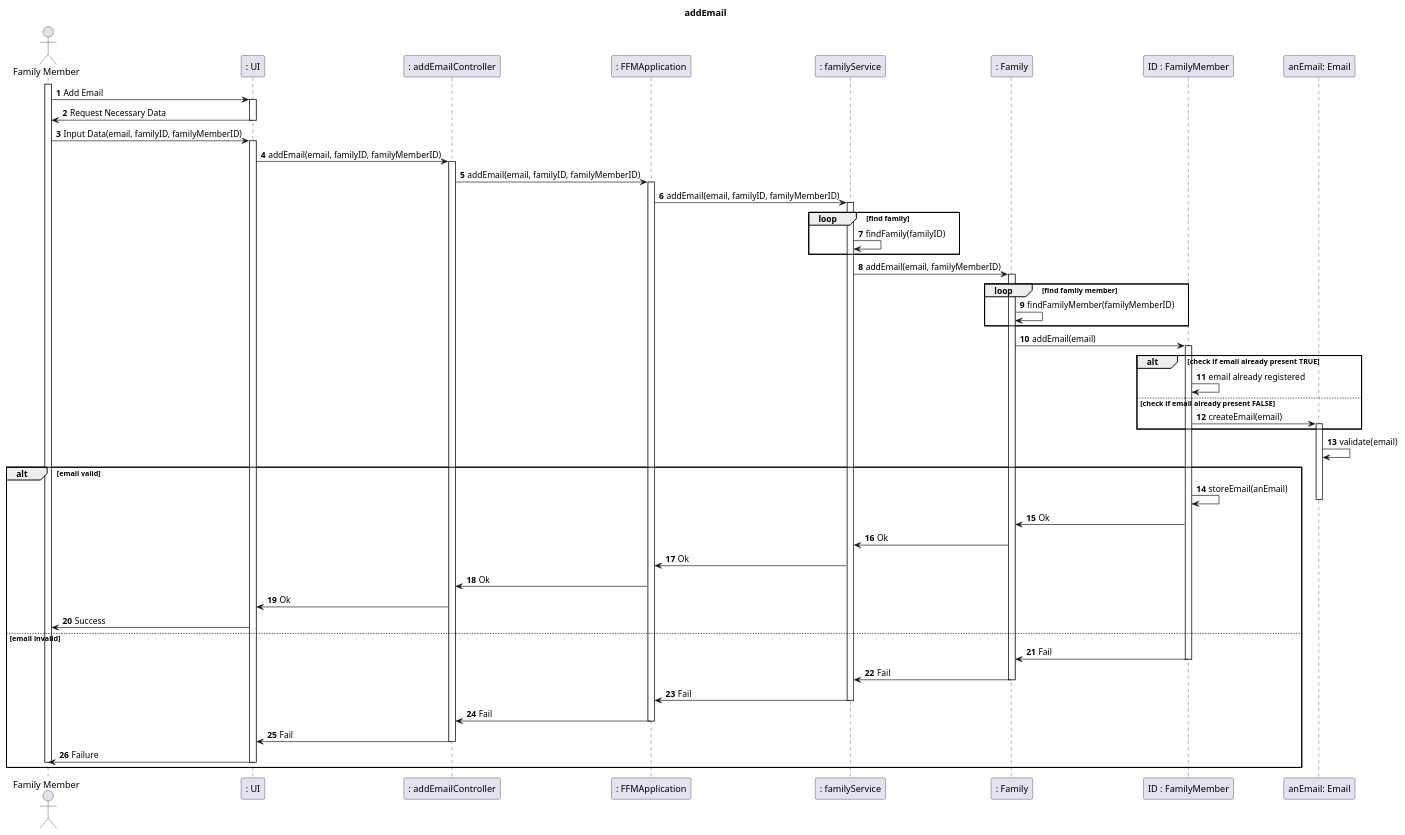
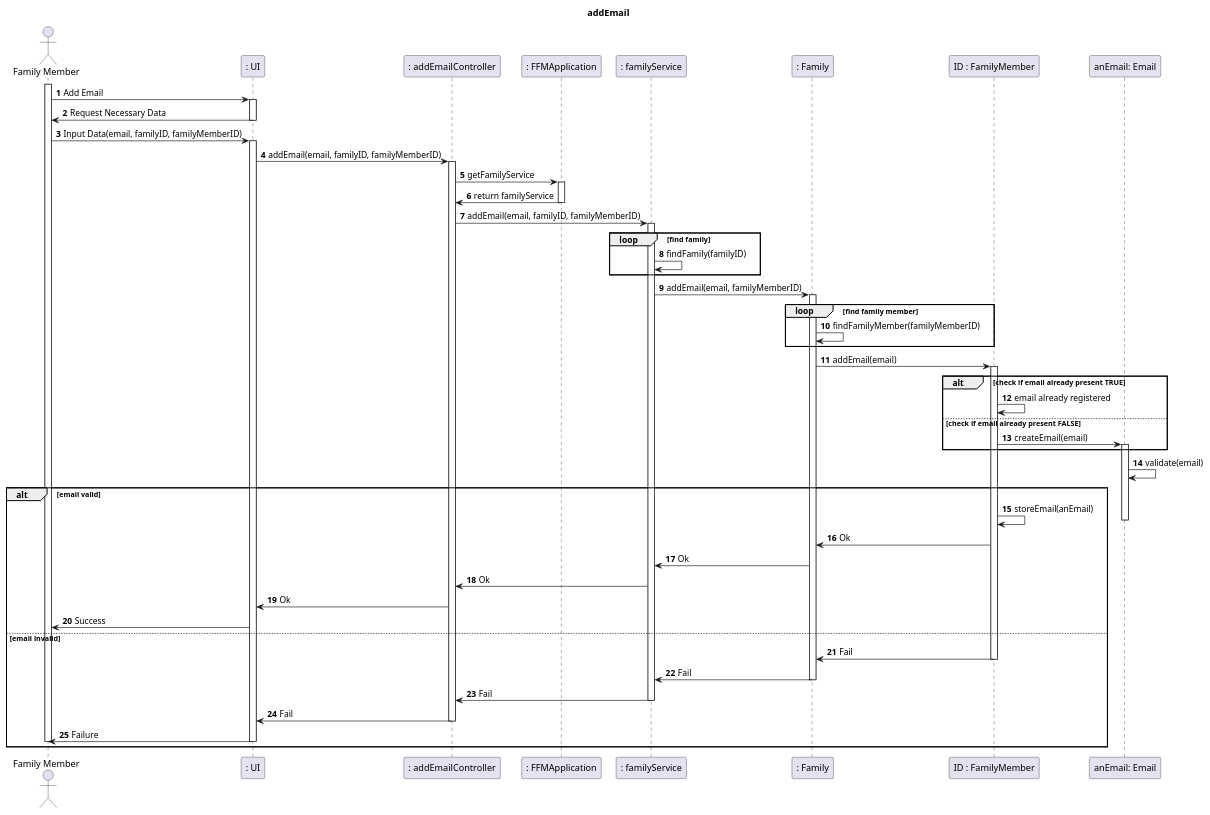
One commit to tomas-osswald/switch_2020_g3 changed the diagram in docs/US151AddEmail.md. Above: the diagram before and after it, drawn with PlantUML. The commit also changed other lines of this file and 3 other files, not shown here.

Commit message:
changed code so that the application returns the family service to the controller.

`````diff
--- a/docs/US151AddEmail.md
+++ b/docs/US151AddEmail.md
@@ -31,77 +31,77 @@
 ````puml
 @startuml
 autonumber
 title addEmail
 actor "Family Member" as actor
 participant ": UI" as UI
 participant ": addEmailController" as controller
 participant ": FFMApplication" as application
 participant ": familyService" as service
 participant ": Family" as family
 participant "ID : FamilyMember" as familym
 participant "anEmail: Email" as email
 
 activate actor
 actor -> UI: Add Email
 activate UI
 UI -> actor: Request Necessary Data
 deactivate UI
 actor -> UI: Input Data(email, familyID, familyMemberID)
 activate UI
 UI -> controller: addEmail(email, familyID, familyMemberID)
 activate controller
-controller -> application: addEmail(email, familyID, familyMemberID)
+controller -> application: getFamilyService
 activate application
-application -> service: addEmail(email, familyID, familyMemberID)
+application -> controller: return familyService
+deactivate application
+controller -> service: addEmail(email, familyID, familyMemberID)
 activate service
 loop find family
     service -> service: findFamily(familyID)
     end
 service -> family: addEmail(email, familyMemberID)
 activate family
 loop find family member
     family -> family: findFamilyMember(familyMemberID)
     end
 family -> familym: addEmail(email)
 activate familym
 
 alt check if email already present TRUE
 
     familym -> familym: email already registered
 
 else check if email already present FALSE
     familym -> email: createEmail(email)
     activate email
     end
 
 email -> email: validate(email)
 
 alt email valid
     
     familym -> familym: storeEmail(anEmail)
     deactivate email
     familym -> family: Ok
     family -> service: Ok
-    service -> application: Ok
-    application -> controller: Ok
+    service -> controller: Ok
     controller -> UI: Ok
     UI -> actor: Success
 
 else email invalid
     
     familym -> family: Fail
     deactivate familym
     family -> service: Fail
     deactivate family
-    service -> application: Fail
+    service -> controller: Fail
     deactivate service
-    application -> controller: Fail
-    deactivate application
+    
     controller -> UI: Fail
     deactivate controller
     UI -> actor: Failure
     deactivate UI
     deactivate actor
     end
 @enduml
 ````
`````
